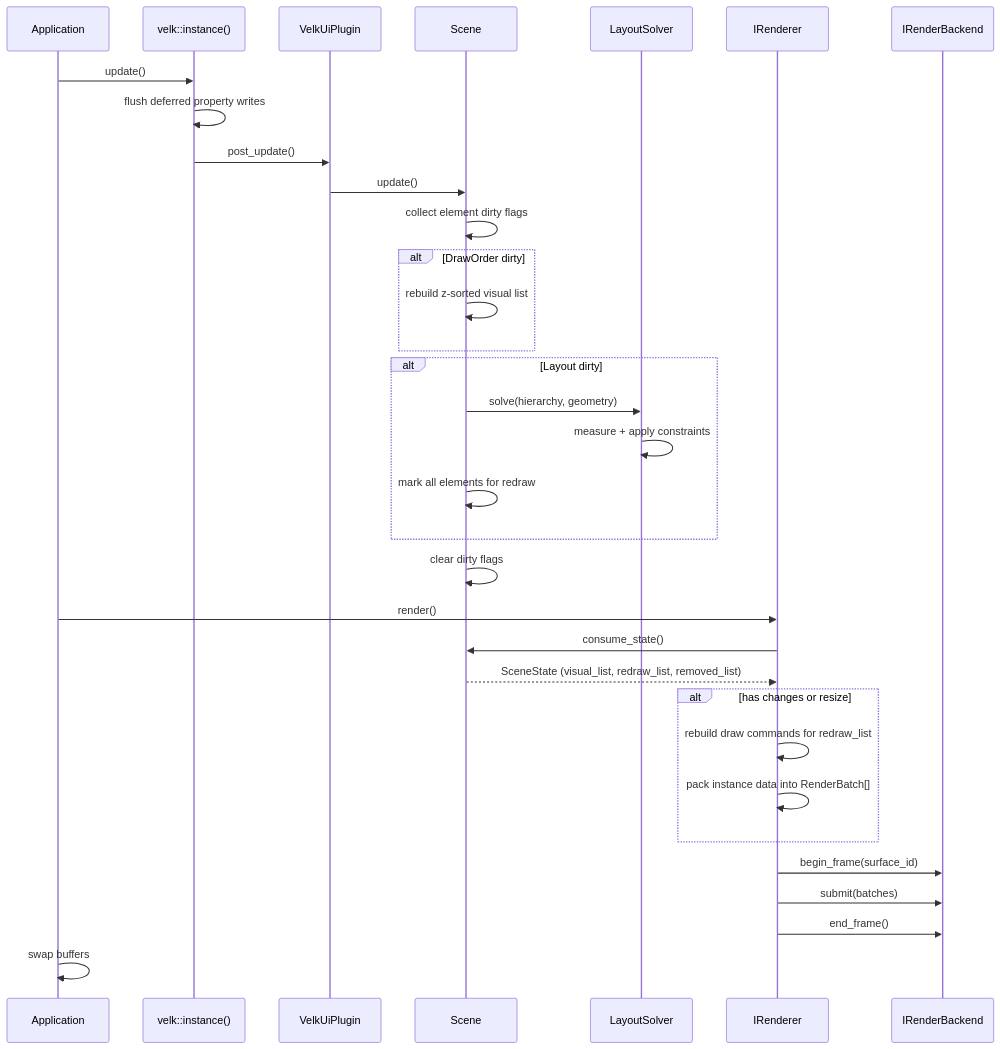
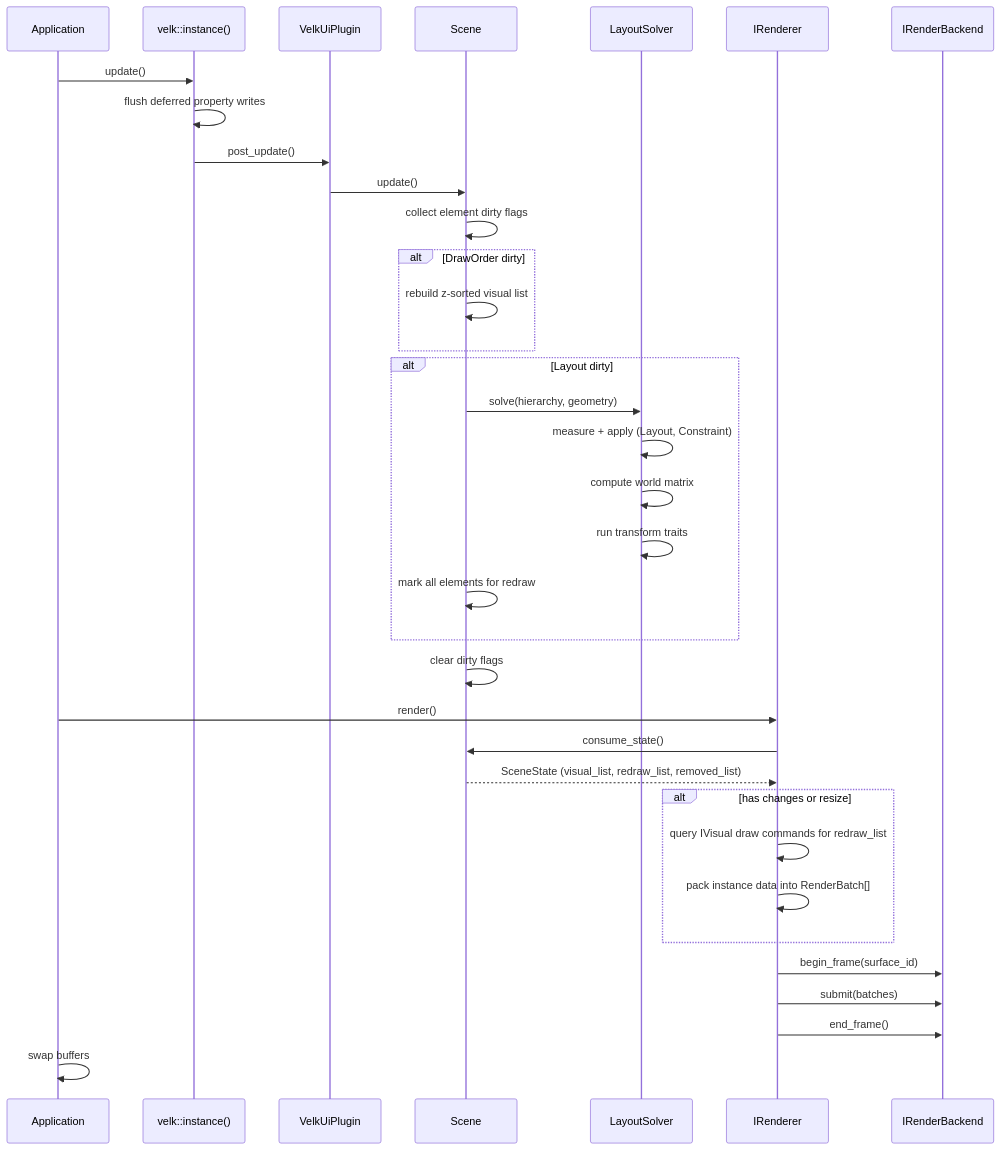
The diagram in docs/update-cycle.md (ljaaskela/velk-platform), drawn with Mermaid before and after one commit. The commit also changed other lines of this file and 7 other files, not shown here.

````diff
--- a/docs/update-cycle.md
+++ b/docs/update-cycle.md
@@ -20,37 +42,39 @@
 ```mermaid
 sequenceDiagram
     participant App as Application
     participant Velk as velk::instance()
     participant Plugin as VelkUiPlugin
     participant Scene
     participant Solver as LayoutSolver
     participant Renderer as IRenderer
     participant Backend as IRenderBackend
 
     App->>Velk: update()
     Velk->>Velk: flush deferred property writes
     Velk->>Plugin: post_update()
     Plugin->>Scene: update()
     Scene->>Scene: collect element dirty flags
     alt DrawOrder dirty
         Scene->>Scene: rebuild z-sorted visual list
     end
     alt Layout dirty
         Scene->>Solver: solve(hierarchy, geometry)
-        Solver->>Solver: measure + apply constraints
+        Solver->>Solver: measure + apply (Layout, Constraint)
+        Solver->>Solver: compute world matrix
+        Solver->>Solver: run transform traits
         Scene->>Scene: mark all elements for redraw
     end
     Scene->>Scene: clear dirty flags
 
     App->>Renderer: render()
     Renderer->>Scene: consume_state()
     Scene-->>Renderer: SceneState (visual_list, redraw_list, removed_list)
     alt has changes or resize
-        Renderer->>Renderer: rebuild draw commands for redraw_list
+        Renderer->>Renderer: query IVisual draw commands for redraw_list
         Renderer->>Renderer: pack instance data into RenderBatch[]
     end
     Renderer->>Backend: begin_frame(surface_id)
     Renderer->>Backend: submit(batches)
     Renderer->>Backend: end_frame()
     App->>App: swap buffers
 ```
````
